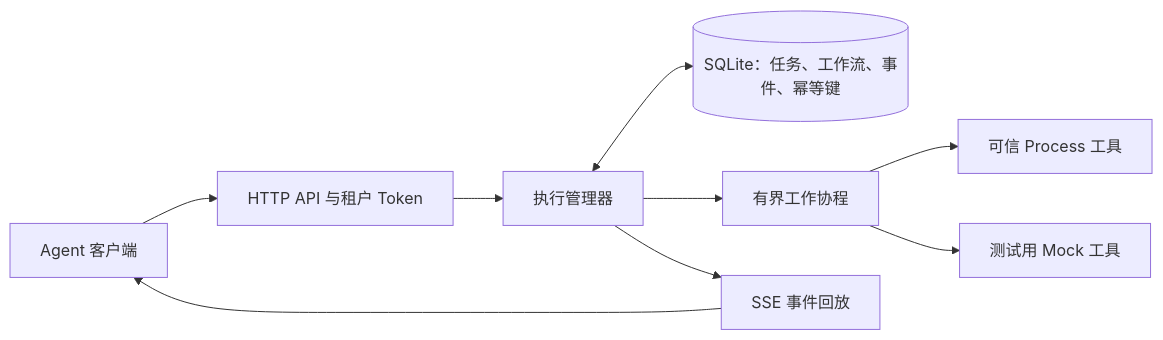
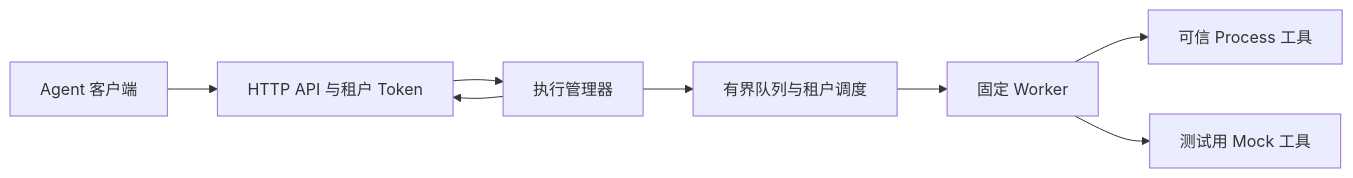
Before and after one commit to haonox/toolane: the diagram in docs/architecture.md, drawn with Mermaid. The commit also changed other lines of this file and 62 other files, not shown here.

````diff
--- a/docs/architecture.md
+++ b/docs/architecture.md
@@ -5,11 +5,10 @@
 ```mermaid
 flowchart LR
     A[Agent 客户端] --> H[HTTP API 与租户 Token]
     H --> M[执行管理器]
-    M <--> S[(SQLite：任务、工作流、事件、幂等键)]
-    M --> W[有界工作协程]
+    M --> Q[有界队列与租户调度]
+    Q --> W[固定 Worker]
     W --> P[可信 Process 工具]
     W --> X[测试用 Mock 工具]
-    M --> E[SSE 事件回放]
-    E --> A
+    M --> H
 ```
````
